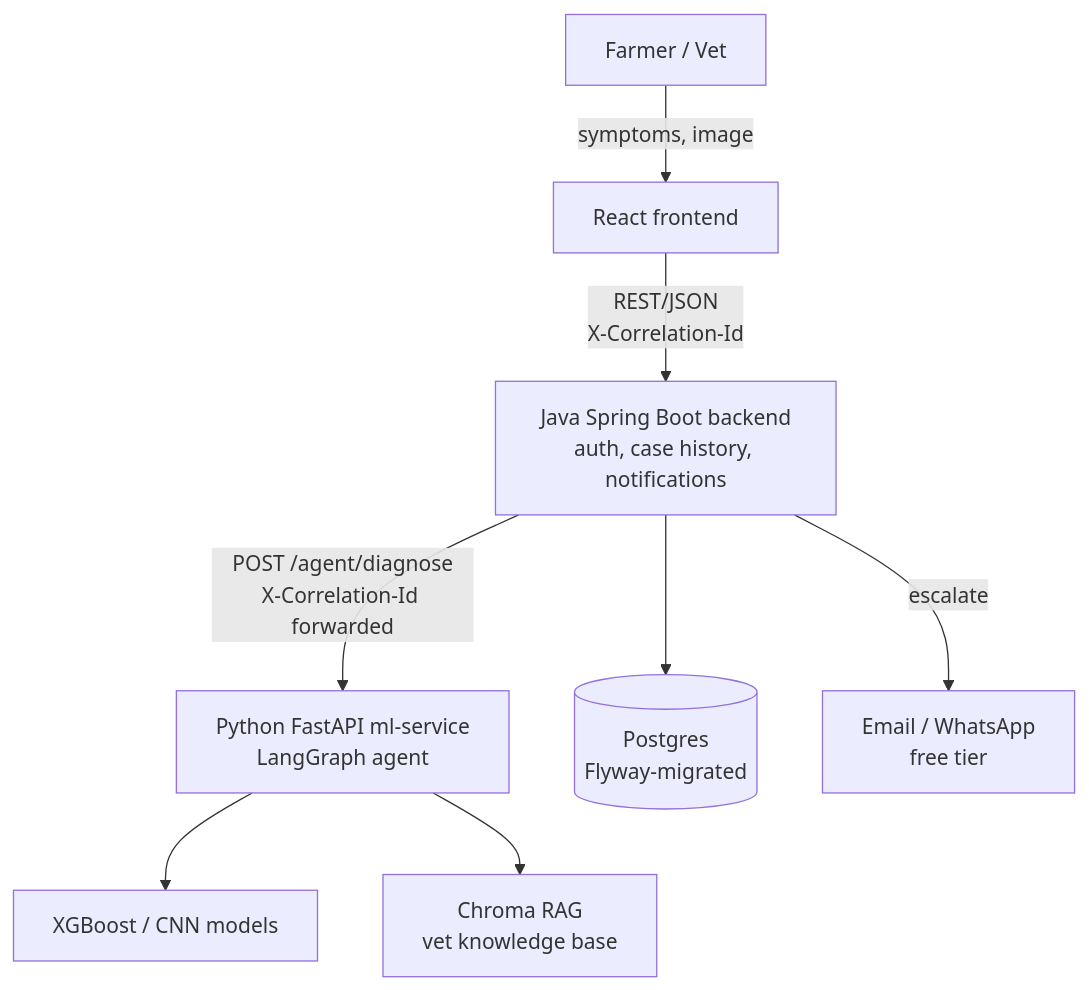
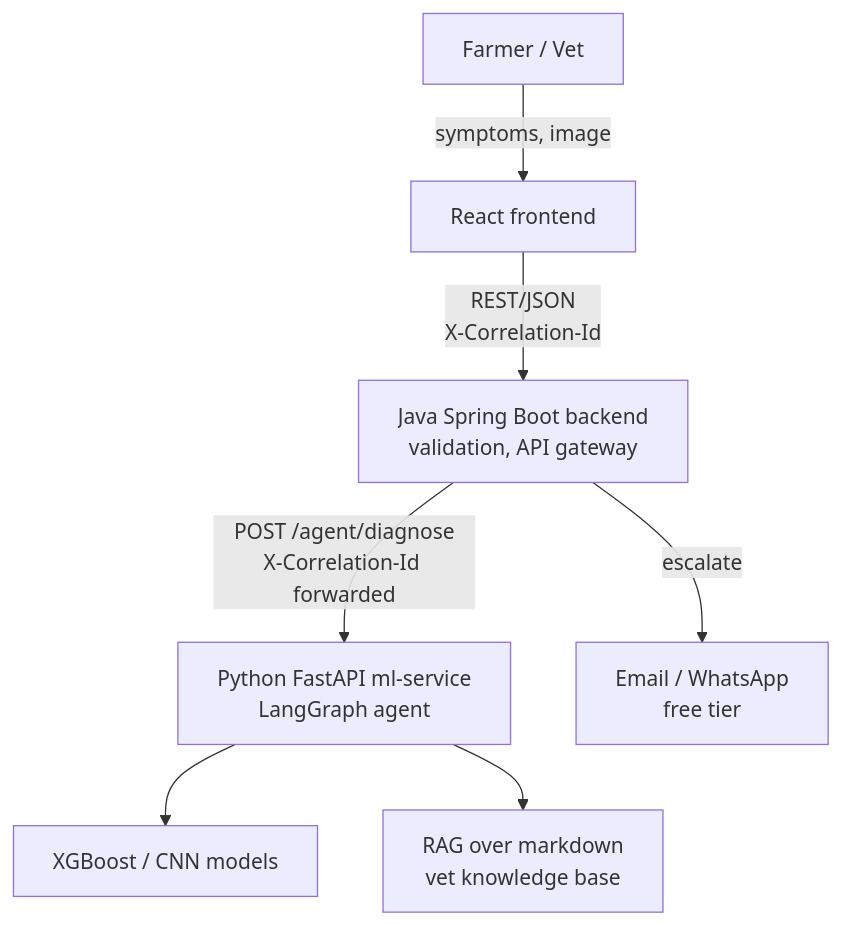
Before and after one commit to arun-codewalnut/Cattle-Disease-Prediction-System: the first of 2 diagrams in docs/ARCHITECTURE.md, drawn with Mermaid. The commit also changed other lines of this file and 39 other files, not shown here.

````diff
--- a/docs/ARCHITECTURE.md
+++ b/docs/ARCHITECTURE.md
@@ -3,10 +3,9 @@
 ```mermaid
 flowchart TD
     U[Farmer / Vet] -->|symptoms, image| FE[React frontend]
-    FE -->|REST/JSON<br/>X-Correlation-Id| BE[Java Spring Boot backend<br/>auth, case history, notifications]
+    FE -->|REST/JSON<br/>X-Correlation-Id| BE[Java Spring Boot backend<br/>validation, API gateway]
     BE -->|POST /agent/diagnose<br/>X-Correlation-Id forwarded| ML[Python FastAPI ml-service<br/>LangGraph agent]
     ML --> MODELS[XGBoost / CNN models]
-    ML --> RAG[Chroma RAG<br/>vet knowledge base]
-    BE --> DB[(Postgres<br/>Flyway-migrated)]
+    ML --> RAG[RAG over markdown<br/>vet knowledge base]
     BE -->|escalate| NOTIFY[Email / WhatsApp<br/>free tier]
 ```
````
